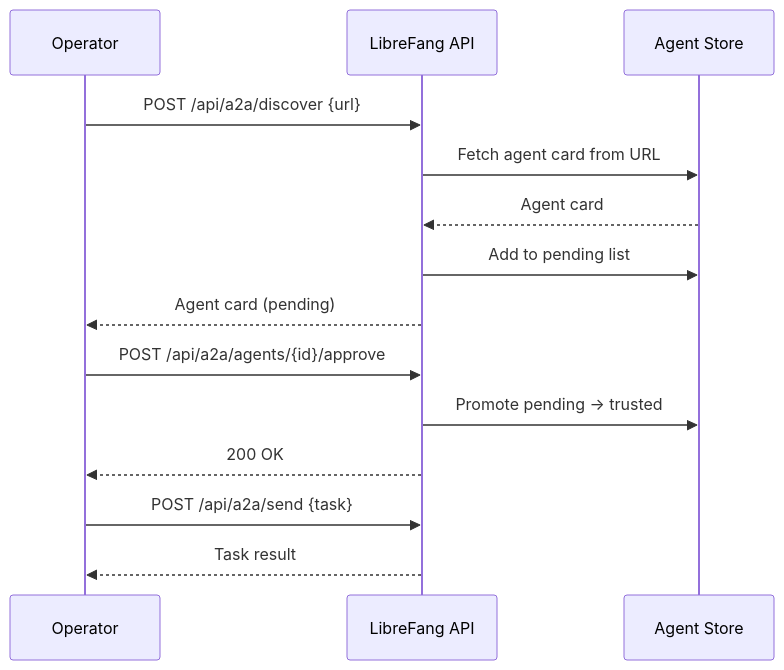
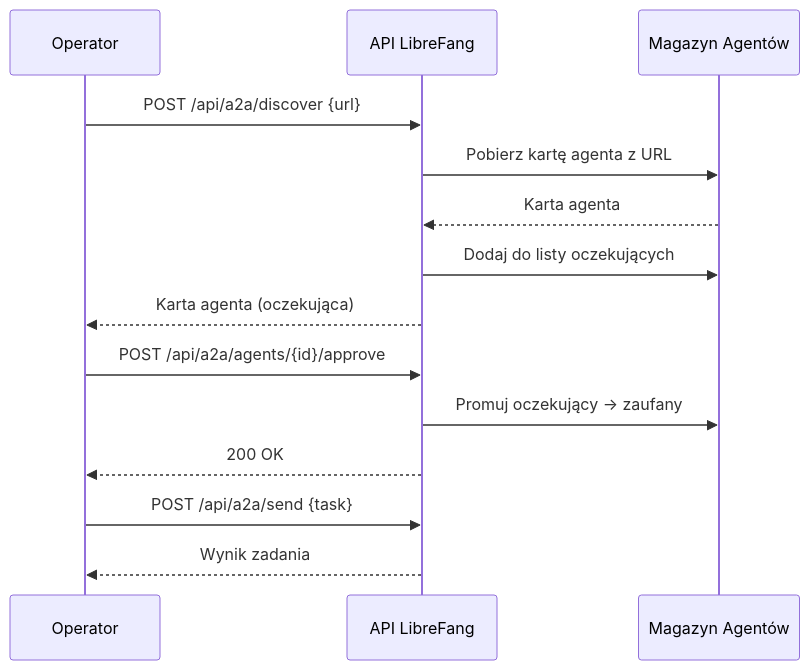
One commit to leszek3737/librefang-WIki changed the second of 2 diagrams in root-openapi-json.md. Above: the diagram before and after it, drawn with Mermaid. The commit also changed other lines of this file and 104 other files, not shown here.

````diff
--- a/root-openapi-json.md
+++ b/root-openapi-json.md
@@ -169,19 +169,19 @@
 ```mermaid
 sequenceDiagram
     participant Op as Operator
-    participant API as LibreFang API
-    participant Store as Agent Store
+    participant API as API LibreFang
+    participant Store as Magazyn Agentów
 
     Op->>API: POST /api/a2a/discover {url}
-    API->>Store: Fetch agent card from URL
-    Store-->>API: Agent card
-    API->>Store: Add to pending list
-    API-->>Op: Agent card (pending)
+    API->>Store: Pobierz kartę agenta z URL
+    Store-->>API: Karta agenta
+    API->>Store: Dodaj do listy oczekujących
+    API-->>Op: Karta agenta (oczekująca)
 
     Op->>API: POST /api/a2a/agents/{id}/approve
-    API->>Store: Promote pending → trusted
+    API->>Store: Promuj oczekujący → zaufany
     API-->>Op: 200 OK
 
     Op->>API: POST /api/a2a/send {task}
-    API-->>Op: Task result
+    API-->>Op: Wynik zadania
 ```
````
